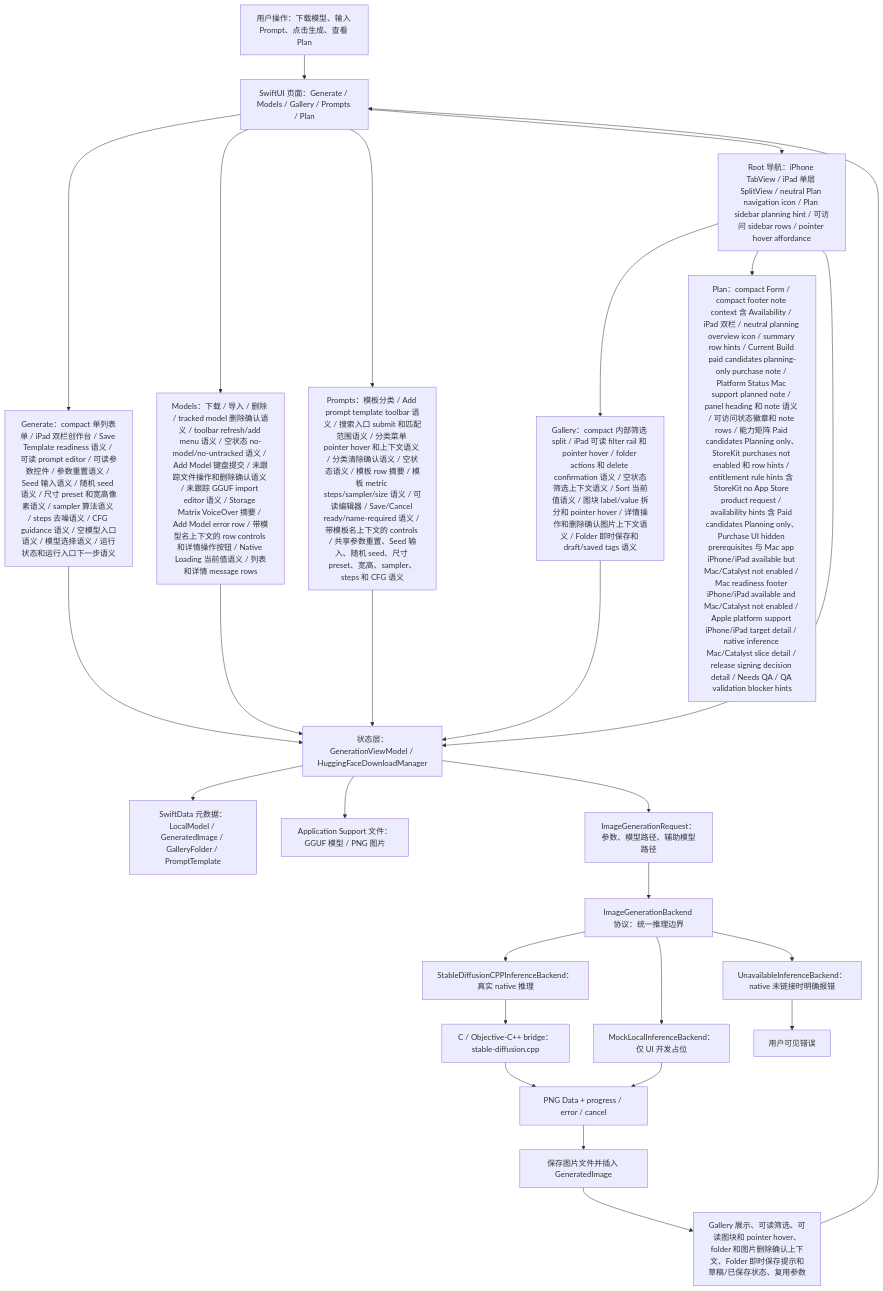
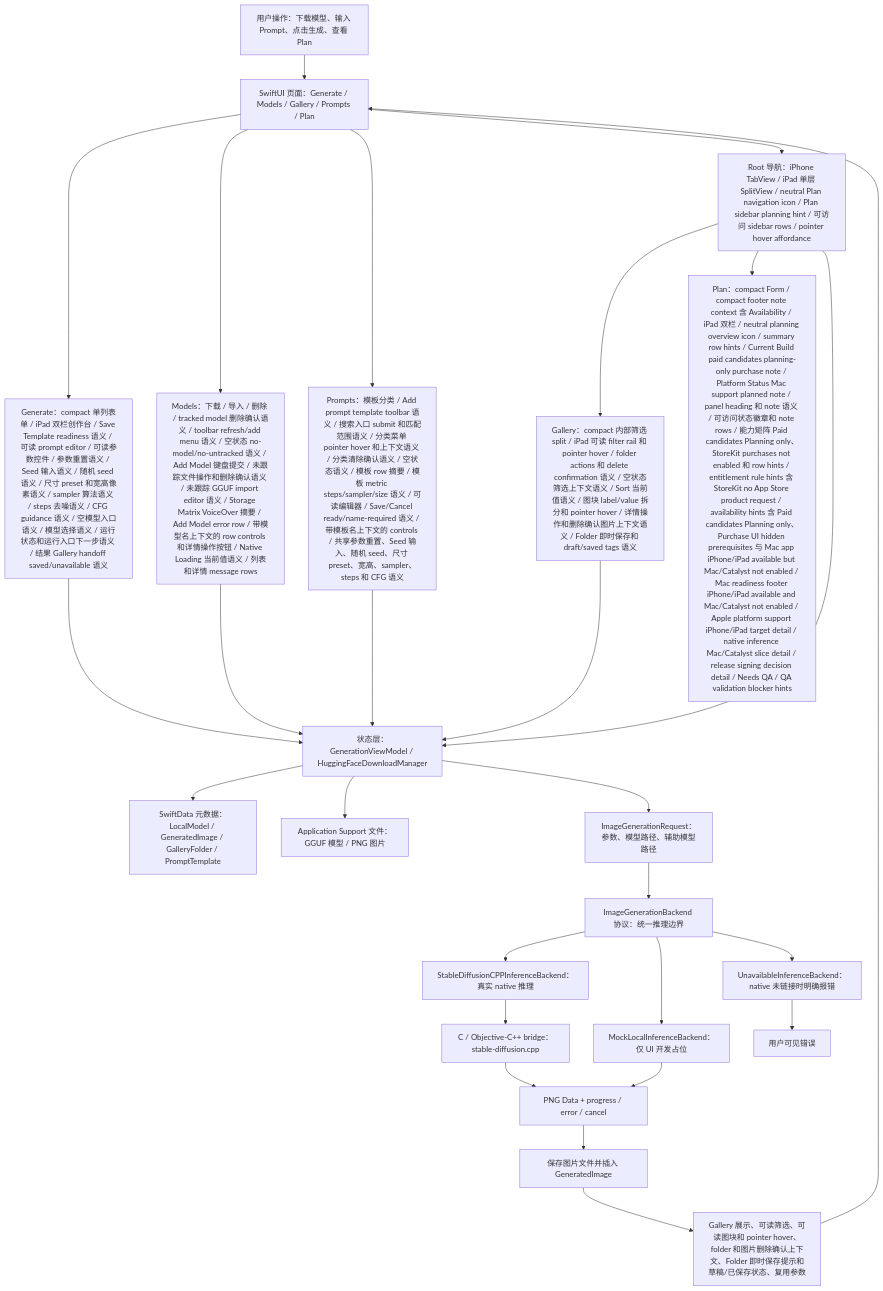
One commit to Altman-sam114/118 changed the first of 7 diagrams in md/flow/flowchart.md. Above: the diagram before and after it, drawn with Mermaid. The commit also changed 5 other files, not shown here.

First line of the commit message:
v1.99: Generate result gallery handoff semantics

````diff
--- a/md/flow/flowchart.md
+++ b/md/flow/flowchart.md
@@ -9,29 +9,29 @@
 ```mermaid
 flowchart TD
   U["用户操作：下载模型、输入 Prompt、点击生成、查看 Plan"] --> UI["SwiftUI 页面：Generate / Models / Gallery / Prompts / Plan"]
-  UI --> GENUI["Generate：compact 单列表单 / iPad 双栏创作台 / Save Template readiness 语义 / 可读 prompt editor / 可读参数控件 / 参数重置语义 / Seed 输入语义 / 随机 seed 语义 / 尺寸 preset 和宽高像素语义 / sampler 算法语义 / steps 去噪语义 / CFG guidance 语义 / 空模型入口语义 / 模型选择语义 / 运行状态和运行入口下一步语义"]
+  UI --> GENUI["Generate：compact 单列表单 / iPad 双栏创作台 / Save Template readiness 语义 / 可读 prompt editor / 可读参数控件 / 参数重置语义 / Seed 输入语义 / 随机 seed 语义 / 尺寸 preset 和宽高像素语义 / sampler 算法语义 / steps 去噪语义 / CFG guidance 语义 / 空模型入口语义 / 模型选择语义 / 运行状态和运行入口下一步语义 / 结果 Gallery handoff saved/unavailable 语义"]
   UI --> MODELUI["Models：下载 / 导入 / 删除 / tracked model 删除确认语义 / toolbar refresh/add menu 语义 / 空状态 no-model/no-untracked 语义 / Add Model 键盘提交 / 未跟踪文件操作和删除确认语义 / 未跟踪 GGUF import editor 语义 / Storage Matrix VoiceOver 摘要 / Add Model error row / 带模型名上下文的 row controls 和详情操作按钮 / Native Loading 当前值语义 / 列表和详情 message rows"]
   UI --> PROMPTUI["Prompts：模板分类 / Add prompt template toolbar 语义 / 搜索入口 submit 和匹配范围语义 / 分类菜单 pointer hover 和上下文语义 / 分类清除确认语义 / 空状态语义 / 模板 row 摘要 / 模板 metric steps/sampler/size 语义 / 可读编辑器 / Save/Cancel ready/name-required 语义 / 带模板名上下文的 controls / 共享参数重置、Seed 输入、随机 seed、尺寸 preset、宽高、sampler、steps 和 CFG 语义"]
   UI --> NAV["Root 导航：iPhone TabView / iPad 单层 SplitView / neutral Plan navigation icon / Plan sidebar planning hint / 可访问 sidebar rows / pointer hover affordance"]
   NAV --> GALUI["Gallery：compact 内部筛选 split / iPad 可读 filter rail 和 pointer hover / folder actions 和 delete confirmation 语义 / 空状态筛选上下文语义 / Sort 当前值语义 / 图块 label/value 拆分和 pointer hover / 详情操作和删除确认图片上下文语义 / Folder 即时保存和 draft/saved tags 语义"]
   NAV --> PLANUI["Plan：compact Form / compact footer note context 含 Availability / iPad 双栏 / neutral planning overview icon / summary row hints / Current Build paid candidates planning-only purchase note / Platform Status Mac support planned note / panel heading 和 note 语义 / 可访问状态徽章和 note rows / 能力矩阵 Paid candidates Planning only、StoreKit purchases not enabled 和 row hints / entitlement rule hints 含 StoreKit no App Store product request / availability hints 含 Paid candidates Planning only、Purchase UI hidden prerequisites 与 Mac app iPhone/iPad available but Mac/Catalyst not enabled / Mac readiness footer iPhone/iPad available and Mac/Catalyst not enabled / Apple platform support iPhone/iPad target detail / native inference Mac/Catalyst slice detail / release signing decision detail / Needs QA / QA validation blocker hints"]
   NAV --> VM["状态层：GenerationViewModel / HuggingFaceDownloadManager"]
   GENUI --> VM
   MODELUI --> VM
   PROMPTUI --> VM
   GALUI --> VM
   VM --> SD["SwiftData 元数据：LocalModel / GeneratedImage / GalleryFolder / PromptTemplate"]
   VM --> FS["Application Support 文件：GGUF 模型 / PNG 图片"]
   VM --> REQ["ImageGenerationRequest：参数、模型路径、辅助模型路径"]
   REQ --> IFACE["ImageGenerationBackend 协议：统一推理边界"]
   IFACE --> NATIVE["StableDiffusionCPPInferenceBackend：真实 native 推理"]
   IFACE --> MOCK["MockLocalInferenceBackend：仅 UI 开发占位"]
   IFACE --> OFF["UnavailableInferenceBackend：native 未链接时明确报错"]
   NATIVE --> BRIDGE["C / Objective-C++ bridge：stable-diffusion.cpp"]
   BRIDGE --> PNG["PNG Data + progress / error / cancel"]
   MOCK --> PNG
   OFF --> ERR["用户可见错误"]
   PNG --> SAVE["保存图片文件并插入 GeneratedImage"]
   SAVE --> GALLERY["Gallery 展示、可读筛选、可读图块和 pointer hover、folder 和图片删除确认上下文、Folder 即时保存提示和草稿/已保存状态、复用参数"]
   GALLERY --> UI
 ```
````
